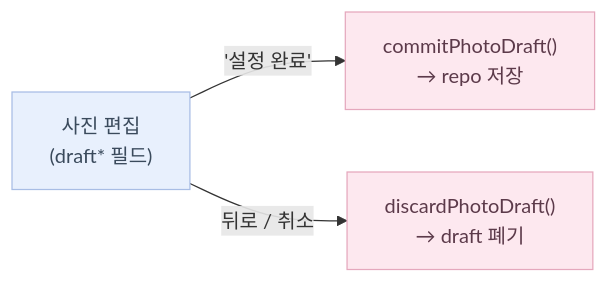
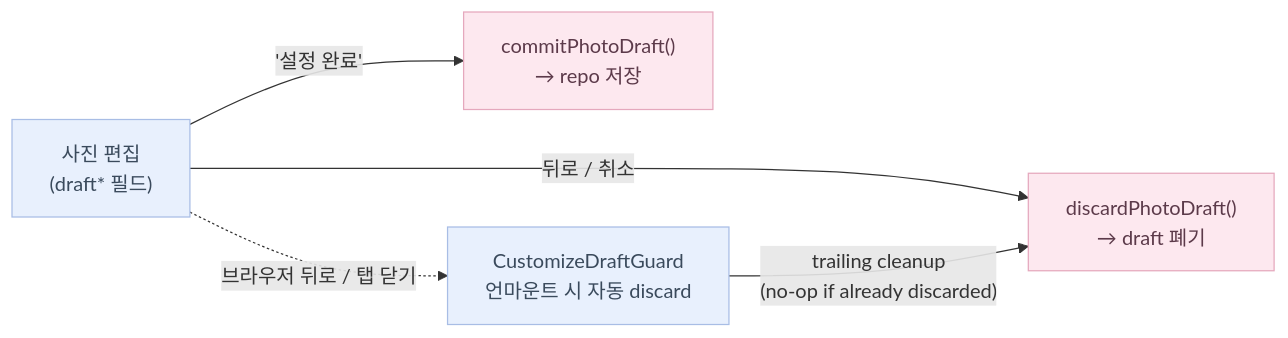
The second of 6 diagrams in docs/flows/customize.md (soojjung/dwee-wellness-tracker), drawn with Mermaid before and after one commit. The commit also changed other lines of this file and 13 other files, not shown here.

First line of the commit message:
fix(diagnose): abort + mount guard; customize draft leak on browser back (#31)

````diff
--- a/docs/flows/customize.md
+++ b/docs/flows/customize.md
@@ -38,14 +46,17 @@
 ```mermaid
 flowchart LR
     Edit["사진 편집\n(draft* 필드)"]
     Confirm["commitPhotoDraft()\n→ repo 저장"]
     Discard["discardPhotoDraft()\n→ draft 폐기"]
+    Guard["CustomizeDraftGuard\n언마운트 시 자동 discard"]
 
     Edit -->|"'설정 완료'"| Confirm
     Edit -->|"뒤로 / 취소"| Discard
+    Edit -.->|"브라우저 뒤로 / 탭 닫기"| Guard
+    Guard -->|"trailing cleanup\n(no-op if already discarded)"| Discard
 
     classDef logic fill:#E8F0FD,stroke:#A8BDE5,color:#3A4A5C;
     classDef ui fill:#FDE8EF,stroke:#E5A8BD,color:#5C3A4A;
-    class Edit logic;
+    class Edit,Guard logic;
     class Confirm,Discard ui;
 ```
````
